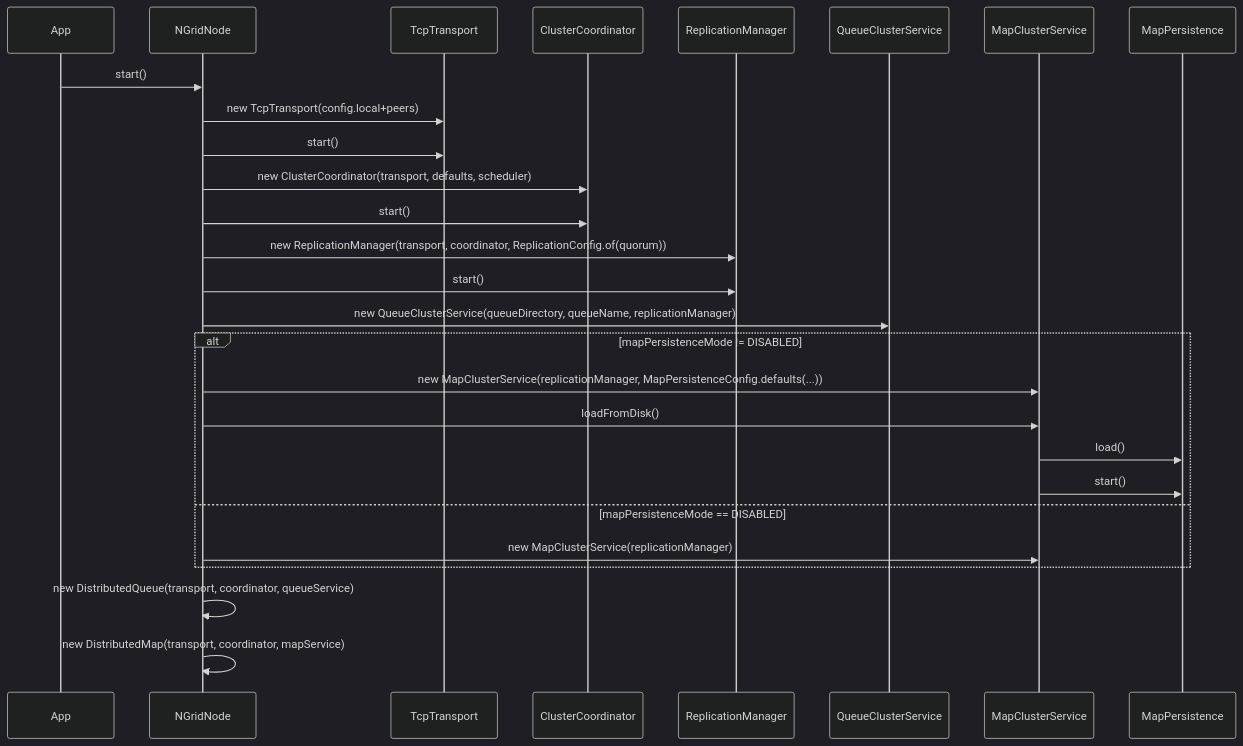
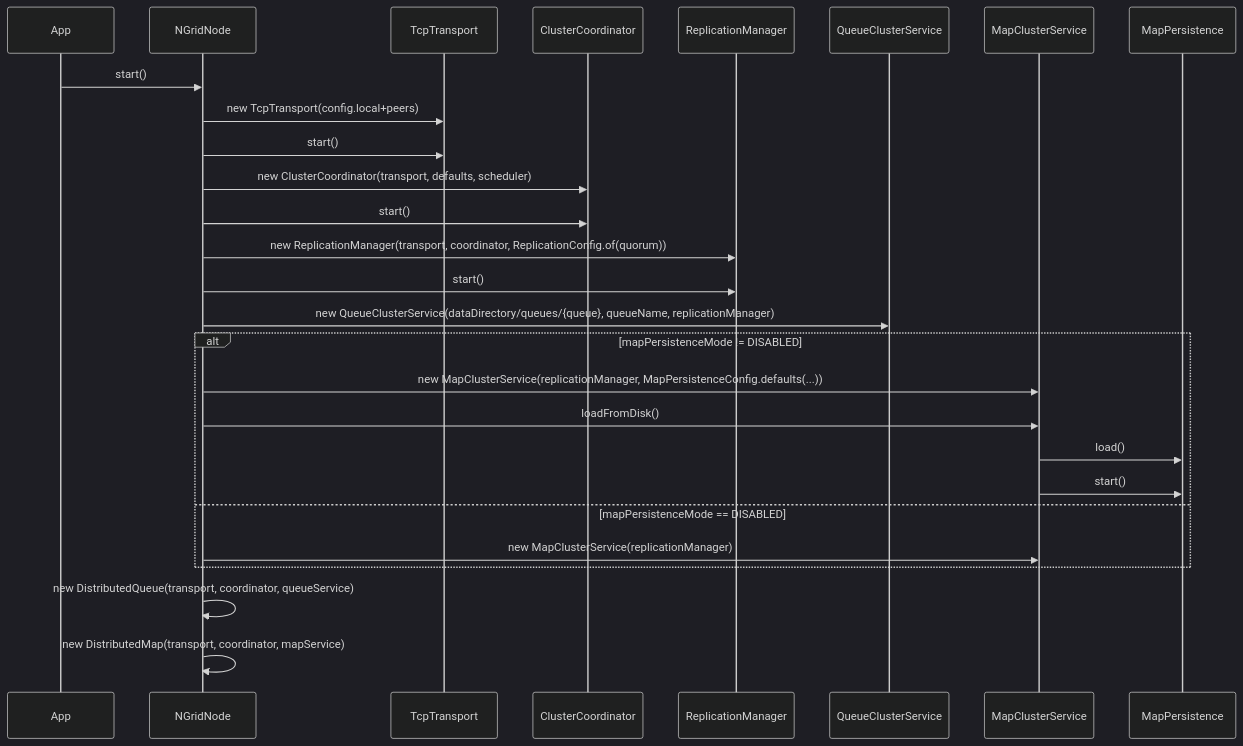
Before and after one commit to nishisan-dev/nishi-utils: the first of 7 diagrams in doc/ngrid/arquitetura.md, drawn with Mermaid (dark theme). The commit also changed other lines of this file and 13 other files, not shown here.

````diff
--- a/doc/ngrid/arquitetura.md
+++ b/doc/ngrid/arquitetura.md
@@ -104,30 +110,30 @@
 ```mermaid
 sequenceDiagram
 participant App as App
 participant Node as NGridNode
 participant T as TcpTransport
 participant C as ClusterCoordinator
 participant R as ReplicationManager
 participant QS as QueueClusterService
 participant MS as MapClusterService
 participant MP as MapPersistence
 
 App->>Node: start()
 Node->>T: new TcpTransport(config.local+peers)
 Node->>T: start()
 Node->>C: new ClusterCoordinator(transport, defaults, scheduler)
 Node->>C: start()
 Node->>R: new ReplicationManager(transport, coordinator, ReplicationConfig.of(quorum))
 Node->>R: start()
-Node->>QS: new QueueClusterService(queueDirectory, queueName, replicationManager)
+Node->>QS: new QueueClusterService(dataDirectory/queues/{queue}, queueName, replicationManager)
 alt mapPersistenceMode != DISABLED
   Node->>MS: new MapClusterService(replicationManager, MapPersistenceConfig.defaults(...))
   Node->>MS: loadFromDisk()
   MS->>MP: load()
   MS->>MP: start()
 else mapPersistenceMode == DISABLED
   Node->>MS: new MapClusterService(replicationManager)
 end
 Node->>Node: new DistributedQueue(transport, coordinator, queueService)
 Node->>Node: new DistributedMap(transport, coordinator, mapService)
 ```
````
